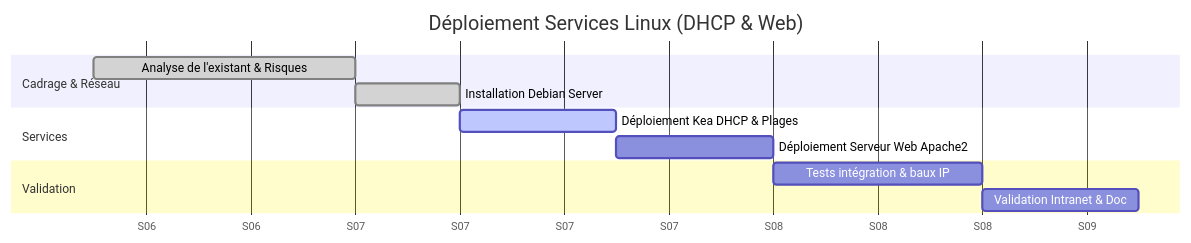
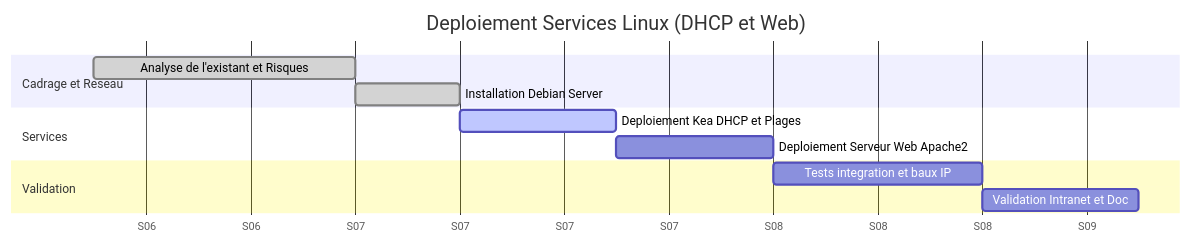
Before and after one commit to edib16/AP04-Services-infrastructure-Linux: the diagram in README.md, drawn with Mermaid. The commit also changed other lines of this file, not shown here.

Commit message:
Passage de RP04 à AP04 et correction Gantt

````diff
--- a/README.md
+++ b/README.md
@@ -37,18 +37,18 @@
 ```mermaid
 gantt
-    title Déploiement Services Linux (DHCP & Web)
+    title Deploiement Services Linux (DHCP et Web)
     dateFormat  YYYY-MM-DD
     axisFormat  S%W
     
-    section Cadrage & Réseau
-    Analyse de l'existant & Risques :done,   des1, 2025-02-12, 5d
+    section Cadrage et Reseau
+    Analyse de l'existant et Risques :done,   des1, 2025-02-12, 5d
     Installation Debian Server      :done,   des2, 2025-02-17, 2d
     
     section Services
-    Déploiement Kea DHCP & Plages   :active, des3, 2025-02-19, 3d
-    Déploiement Serveur Web Apache2 :        des4, 2025-02-22, 3d
+    Deploiement Kea DHCP et Plages   :active, des3, 2025-02-19, 3d
+    Deploiement Serveur Web Apache2 :        des4, 2025-02-22, 3d
     
     section Validation
-    Tests intégration & baux IP     :        des5, 2025-02-25, 4d
-    Validation Intranet & Doc       :        des6, 2025-03-01, 3d
+    Tests integration et baux IP     :        des5, 2025-02-25, 4d
+    Validation Intranet et Doc       :        des6, 2025-03-01, 3d
 ```
````
